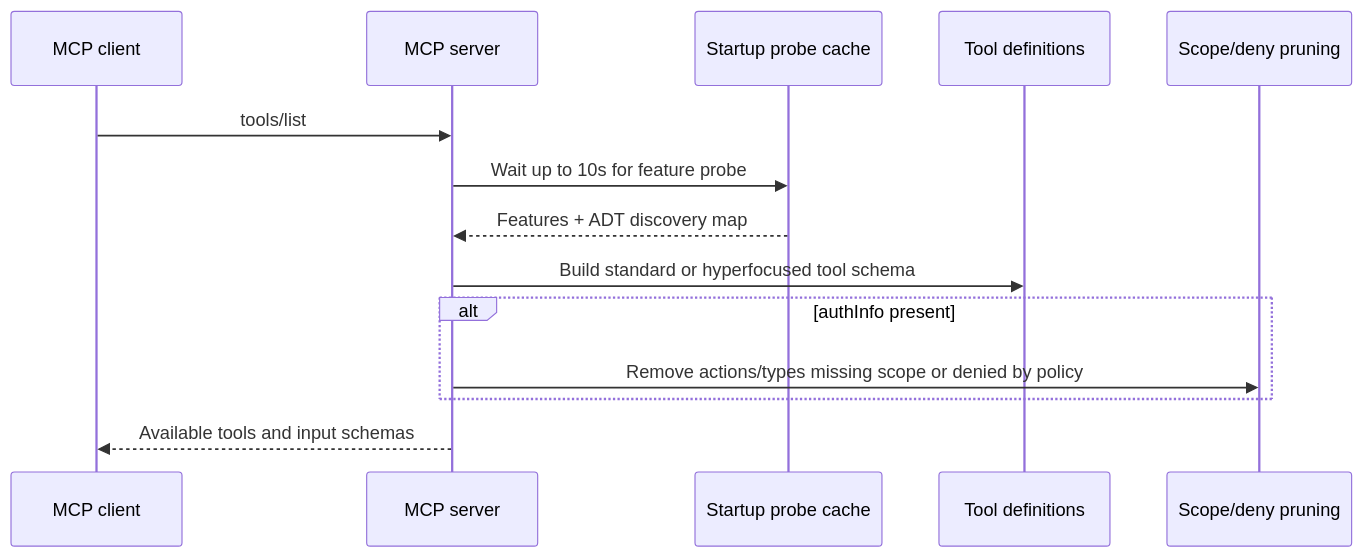
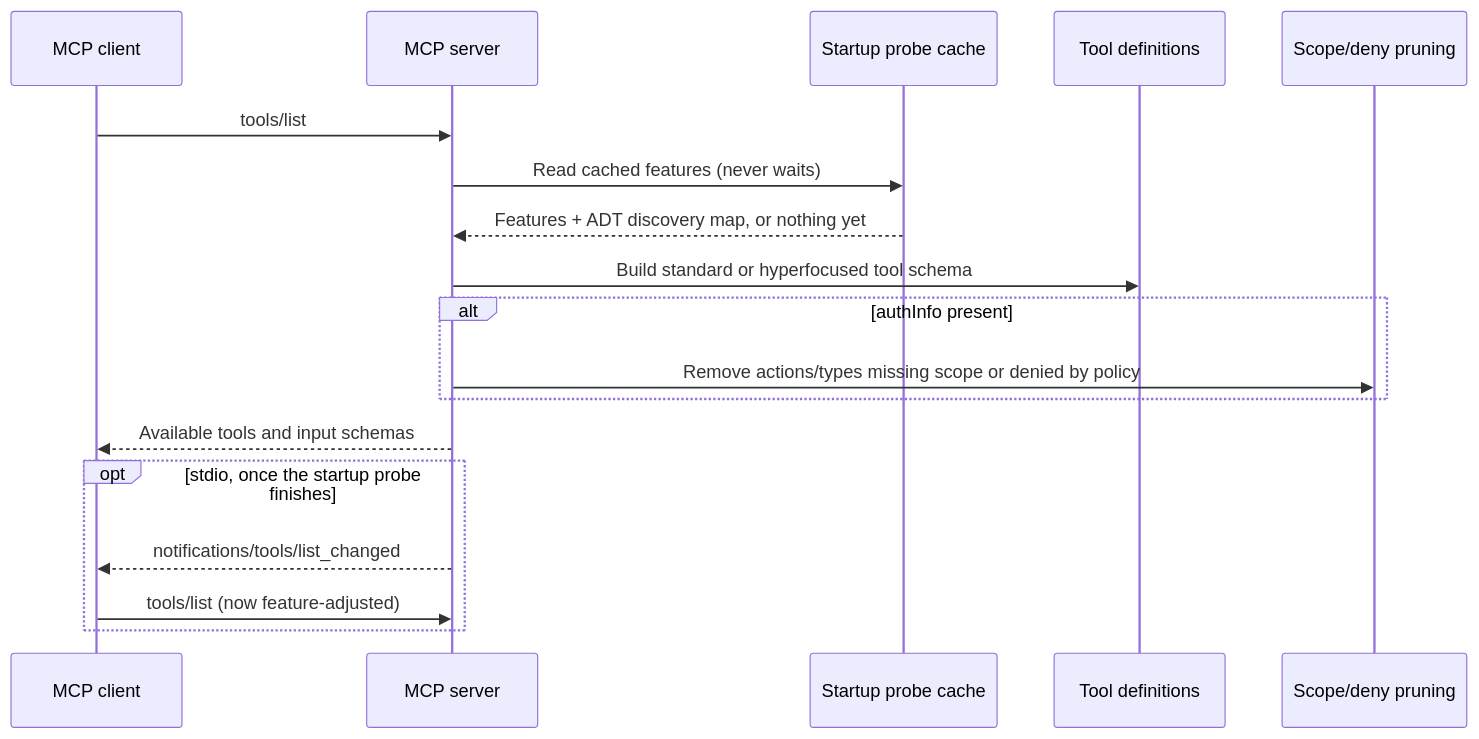
One commit to arc-mcp/arc-1 changed the third of 8 diagrams in docs_page/architecture.md. Above: the diagram before and after it, drawn with Mermaid. The commit also changed other lines of this file and 7 other files, not shown here.

````diff
--- a/docs_page/architecture.md
+++ b/docs_page/architecture.md
@@ -163,17 +163,21 @@
 ```mermaid
 sequenceDiagram
     participant Client as MCP client
     participant Server as MCP server
     participant Probe as Startup probe cache
     participant Tools as Tool definitions
     participant Policy as Scope/deny pruning
 
     Client->>Server: tools/list
-    Server->>Probe: Wait up to 10s for feature probe
-    Probe-->>Server: Features + ADT discovery map
+    Server->>Probe: Read cached features (never waits)
+    Probe-->>Server: Features + ADT discovery map, or nothing yet
     Server->>Tools: Build standard or hyperfocused tool schema
     alt authInfo present
         Server->>Policy: Remove actions/types missing scope or denied by policy
     end
     Server-->>Client: Available tools and input schemas
+    opt stdio, once the startup probe finishes
+        Server-->>Client: notifications/tools/list_changed
+        Client->>Server: tools/list (now feature-adjusted)
+    end
 ```
````
